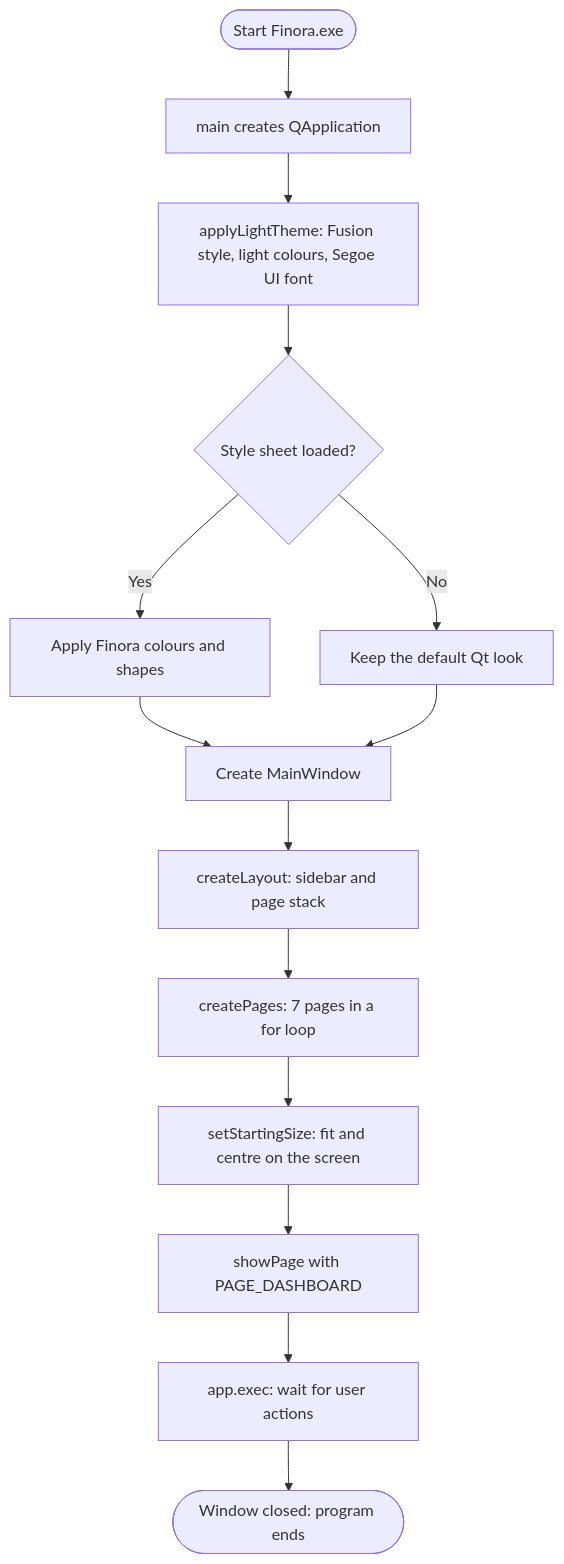
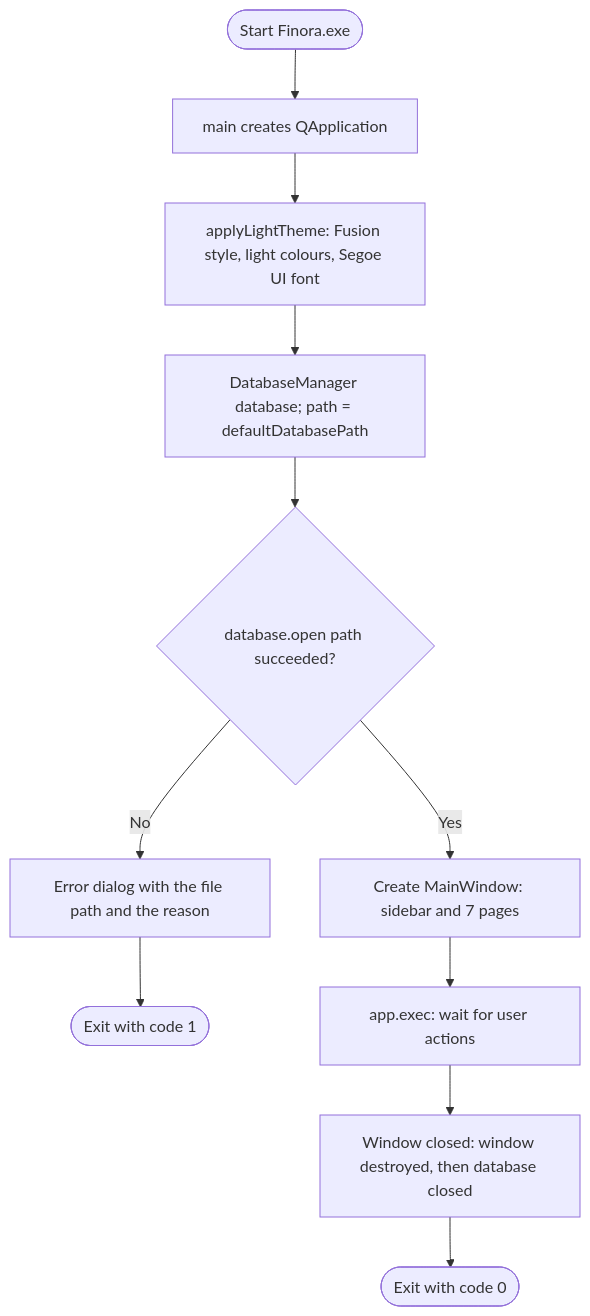
One commit to msaeed-dev-stack/Finora changed the second of 5 diagrams in docs/DESIGN.md. Above: the diagram before and after it, drawn with Mermaid. The commit also changed other lines of this file and 12 other files, not shown here.

````diff
--- a/docs/DESIGN.md
+++ b/docs/DESIGN.md
@@ -33,16 +36,13 @@
 ```mermaid
 flowchart TD
     A([Start Finora.exe]) --> B["main creates QApplication"]
     B --> C["applyLightTheme: Fusion style, light colours, Segoe UI font"]
-    C --> D{"Style sheet loaded?"}
-    D -- Yes --> E["Apply Finora colours and shapes"]
-    D -- No --> F["Keep the default Qt look"]
-    E --> G["Create MainWindow"]
-    F --> G
-    G --> H["createLayout: sidebar and page stack"]
-    H --> I["createPages: 7 pages in a for loop"]
-    I --> J["setStartingSize: fit and centre on the screen"]
-    J --> K["showPage with PAGE_DASHBOARD"]
-    K --> L["app.exec: wait for user actions"]
-    L --> M([Window closed: program ends])
+    C --> D["DatabaseManager database; path = defaultDatabasePath"]
+    D --> E{"database.open path succeeded?"}
+    E -- No --> F["Error dialog with the file path and the reason"]
+    F --> G([Exit with code 1])
+    E -- Yes --> H["Create MainWindow: sidebar and 7 pages"]
+    H --> I["app.exec: wait for user actions"]
+    I --> J["Window closed: window destroyed, then database closed"]
+    J --> K([Exit with code 0])
 ```
````
